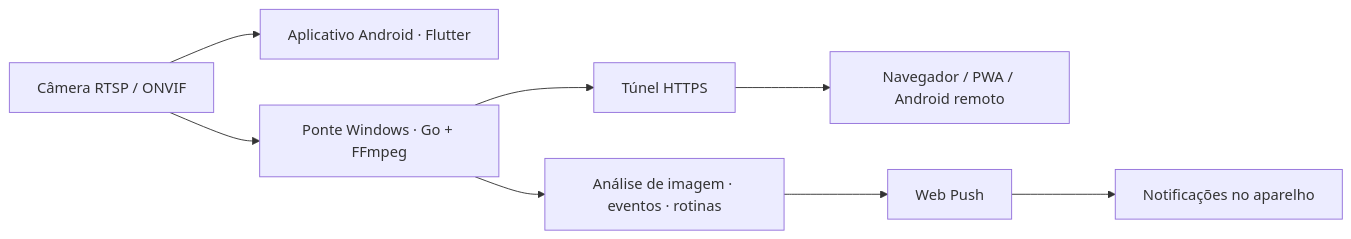
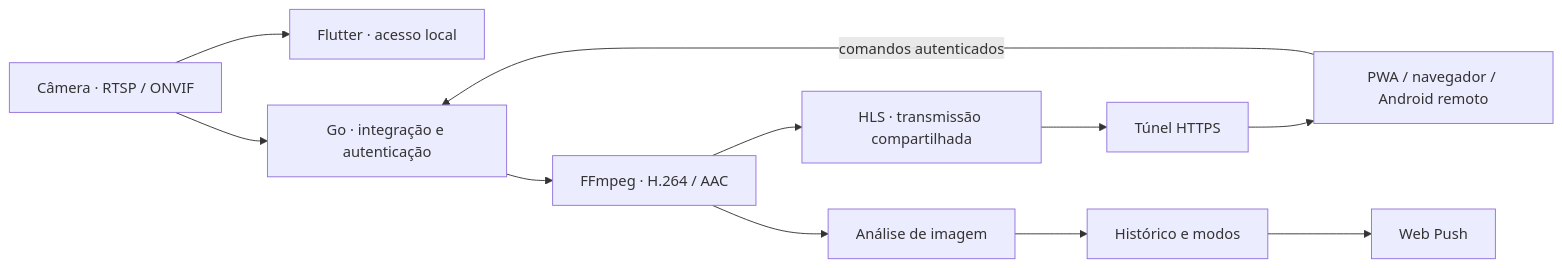
Before and after one commit to alejandroBR17/ninho-monitor: the diagram in README.md, drawn with Mermaid. The commit also changed other lines of this file and 15 other files, not shown here.

````diff
--- a/README.md
+++ b/README.md
@@ -20,10 +49,13 @@
 ```mermaid
 flowchart LR
-    Camera["Câmera RTSP / ONVIF"] --> Android["Aplicativo Android · Flutter"]
-    Camera --> Bridge["Ponte Windows · Go + FFmpeg"]
-    Bridge --> Tunnel["Túnel HTTPS"]
-    Tunnel --> Viewer["Navegador / PWA / Android remoto"]
-    Bridge --> Events["Análise de imagem · eventos · rotinas"]
-    Events --> Push["Web Push"]
-    Push --> Phone["Notificações no aparelho"]
+    Camera["Câmera · RTSP / ONVIF"] --> Android["Flutter · acesso local"]
+    Camera --> Bridge["Go · integração e autenticação"]
+    Bridge --> FFmpeg["FFmpeg · H.264 / AAC"]
+    FFmpeg --> HLS["HLS · transmissão compartilhada"]
+    HLS --> Tunnel["Túnel HTTPS"]
+    Tunnel --> Viewer["PWA / navegador / Android remoto"]
+    Viewer -->|"comandos autenticados"| Bridge
+    FFmpeg --> Events["Análise de imagem"]
+    Events --> History["Histórico e modos"]
+    History --> Push["Web Push"]
 ```
````
